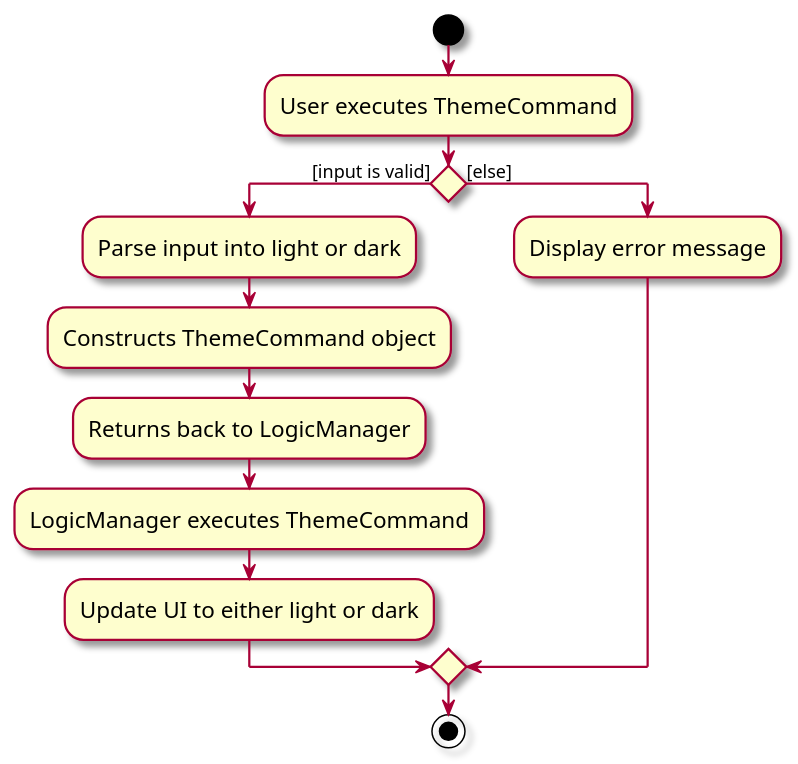
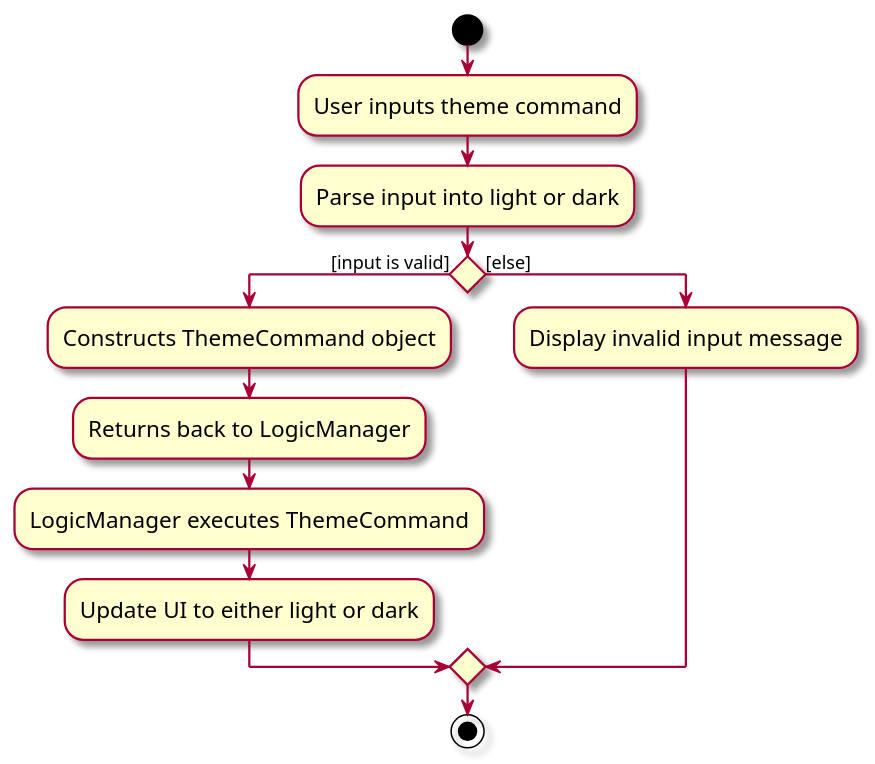
Before and after one commit to tanteckfang/tp: the diagram in docs/diagrams/ThemeActivityDiagram.puml, drawn with PlantUML. The commit also changed 17 other files, not shown here.

```diff
--- a/docs/diagrams/ThemeActivityDiagram.puml
+++ b/docs/diagrams/ThemeActivityDiagram.puml
@@ -1,22 +1,22 @@
 @startuml
 skin rose
 skinparam ActivityFontSize 15
 skinparam ArrowFontSize 12
 start
-:User executes ThemeCommand;
+:User inputs theme command;
+:Parse input into light or dark;
 
 'Since the beta syntax does not support placing the condition outside the
 'diamond we place it as the true branch instead.
 
 if () then ([input is valid])
-    :Parse input into light or dark;
     :Constructs ThemeCommand object;
     :Returns back to LogicManager;
     :LogicManager executes ThemeCommand;
     :Update UI to either light or dark;
 else ([else])
-:Display error message;
+:Display invalid input message;
 
 endif
 stop
 @enduml
```
